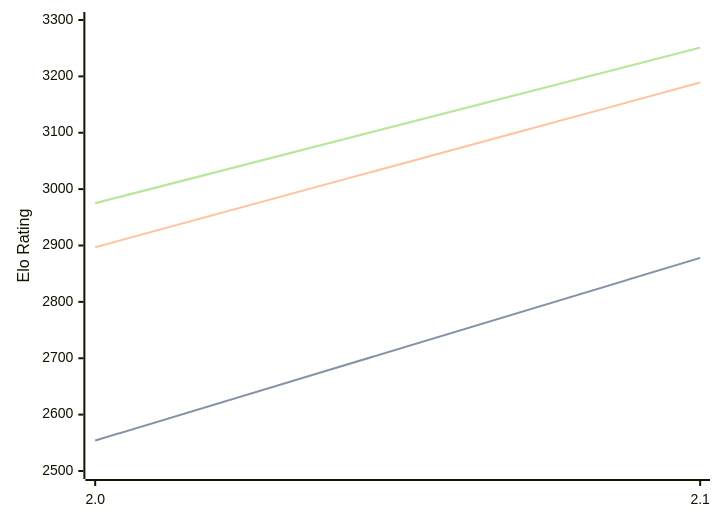
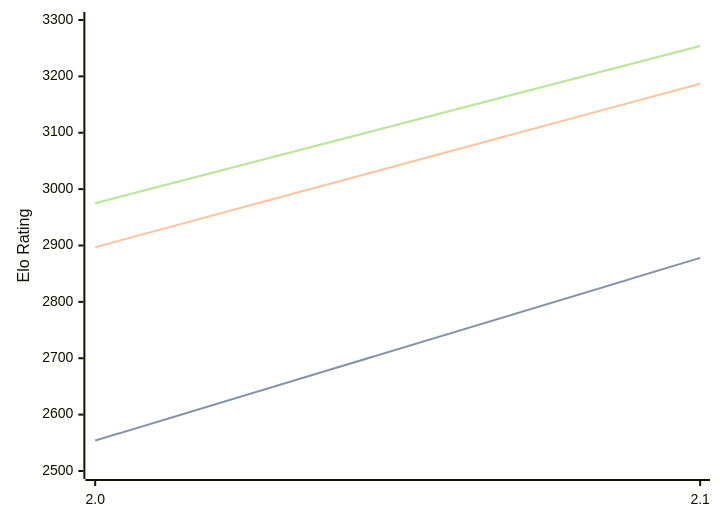
The diagram in engines/Tunguska.md (computer-chess-index/cci), drawn with Mermaid before and after one commit. The commit also changed other lines of this file, not shown here.

Commit message:
Update CCI Ratings (ELO VLTC) - 2026-05-07

````diff
--- a/engines/Tunguska.md
+++ b/engines/Tunguska.md
@@ -32,11 +32,11 @@
 ```mermaid
 %%{init: {"theme":"base","themeVariables":{"seriesColors:['#a3a3a3','#222221','#faa371']}}}%%
 xychart-beta
   x-axis ["2.0", "2.1"]
   y-axis "Elo Rating" 2500 --> 3300
   line "STC (8.0+0.08s)" [2554, 2878]
   line "STC (8.0+0.08s)" [2554, 2878]
-  line "LTC (60.0+0.60s)" [2897, 3189]
-  line "VLTC (2m24s+1.12s)" [2975, 3251]
-  line "VLTC (2m24s+1.12s)" [2975, 3251]
+  line "LTC (60.0+0.60s)" [2897, 3187]
+  line "VLTC (2m24s+1.12s)" [2975, 3254]
+  line "VLTC (2m24s+1.12s)" [2975, 3254]
 ```
````
